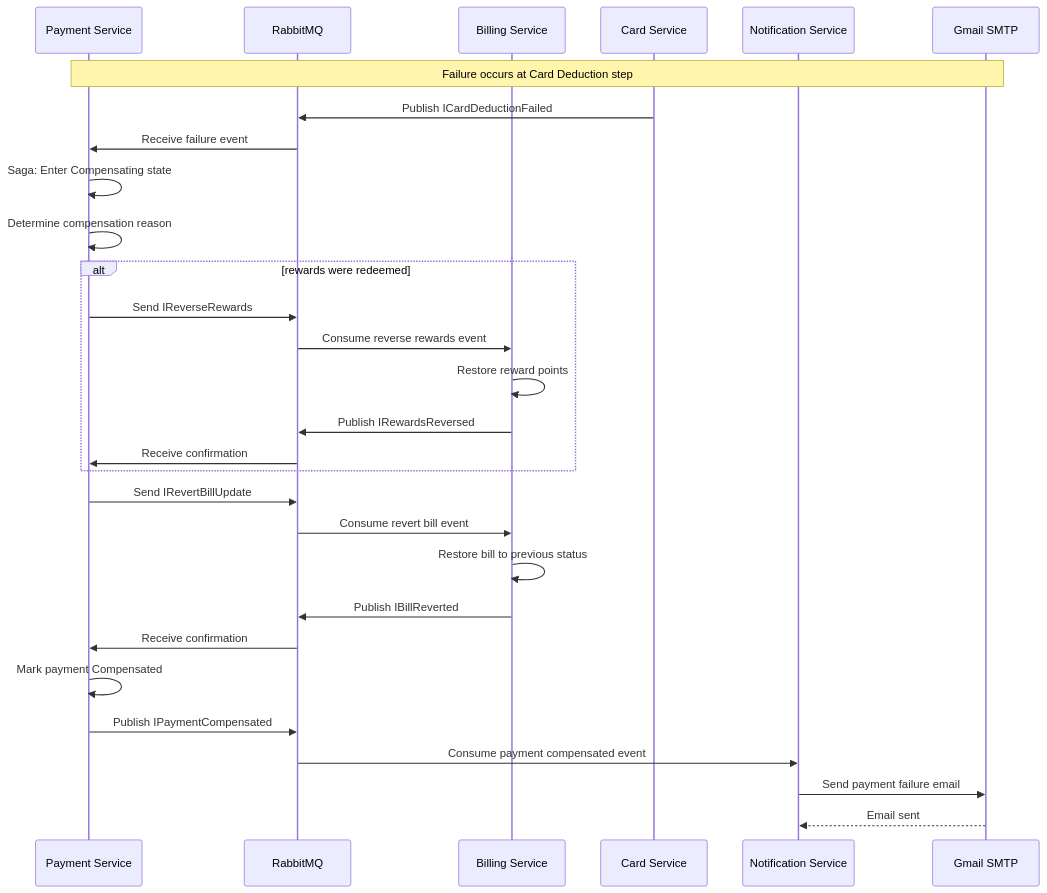
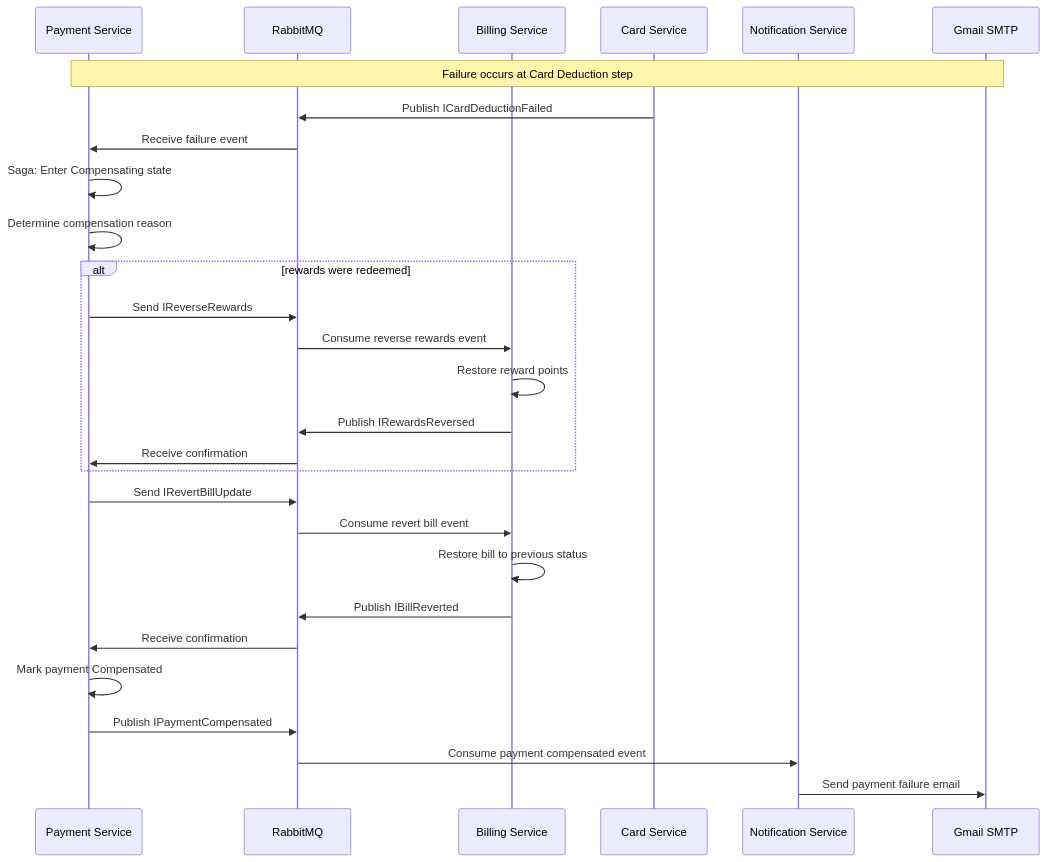
The third of 8 diagrams in src/docs/draft/LLD.md (TirtharajBarma/cred-vault), drawn with Mermaid before and after one commit. The commit also changed other lines of this file and 7 other files, not shown here.

````diff
--- a/src/docs/draft/LLD.md
+++ b/src/docs/draft/LLD.md
@@ -279,31 +758,34 @@
 ```mermaid
 sequenceDiagram
     participant PS as Payment Service
     participant MQ as RabbitMQ
     participant BS as Billing Service
     participant CS as Card Service
     participant NS as Notification Service
     participant SMTP as Gmail SMTP
+
     Note over PS,SMTP: Failure occurs at Card Deduction step
     CS->>MQ: Publish ICardDeductionFailed
     MQ->>PS: Receive failure event
     PS->>PS: Saga: Enter Compensating state
     PS->>PS: Determine compensation reason
+
     alt rewards were redeemed
         PS->>MQ: Send IReverseRewards
         MQ->>BS: Consume reverse rewards event
         BS->>BS: Restore reward points
         BS->>MQ: Publish IRewardsReversed
         MQ->>PS: Receive confirmation
     end
+
     PS->>MQ: Send IRevertBillUpdate
     MQ->>BS: Consume revert bill event
     BS->>BS: Restore bill to previous status
     BS->>MQ: Publish IBillReverted
     MQ->>PS: Receive confirmation
+
     PS->>PS: Mark payment Compensated
     PS->>MQ: Publish IPaymentCompensated
     MQ->>NS: Consume payment compensated event
     NS->>SMTP: Send payment failure email
-    SMTP-->>NS: Email sent
 ```
````
